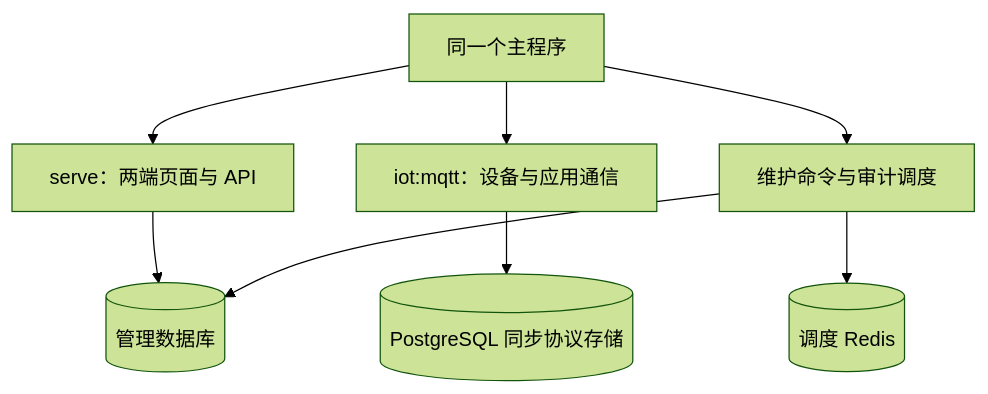
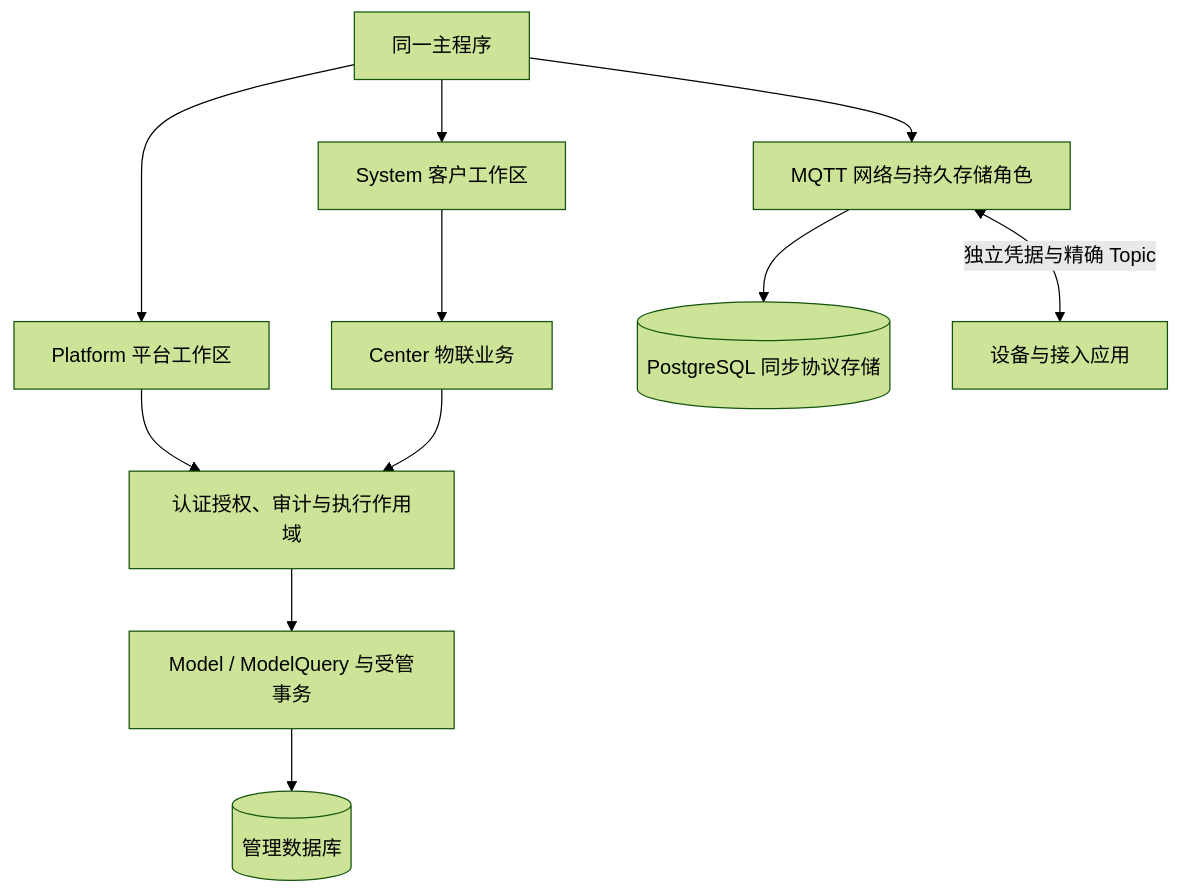
The first of 5 diagrams in docs/guide/iot-center.md (zoujingli/typeapp), drawn with Mermaid (forest theme) before and after one commit. The commit also changed other lines of this file and 1518 other files, not shown here.

````diff
--- a/docs/guide/iot-center.md
+++ b/docs/guide/iot-center.md
@@ -66,10 +60,13 @@
 ```mermaid
 flowchart TB
-  Binary[同一个主程序] --> HTTP[serve：两端页面与 API]
-  Binary --> MQTT[iot:mqtt：设备与应用通信]
-  Binary --> Maintenance[维护命令与审计调度]
-  HTTP --> DB[(管理数据库)]
+  Binary[同一主程序] --> Platform[Platform 平台工作区]
+  Binary --> System[System 客户工作区]
+  System --> Center[Center 物联业务]
+  Platform --> Shared[认证授权、审计与执行作用域]
+  Center --> Shared
+  Shared --> Models[Model / ModelQuery 与受管事务]
+  Models --> DB[(管理数据库)]
+  Binary --> MQTT[MQTT 网络与持久存储角色]
   MQTT --> PG[(PostgreSQL 同步协议存储)]
-  Maintenance --> DB
-  Maintenance --> Redis[(调度 Redis)]
+  MQTT <-->|独立凭据与精确 Topic| Peers[设备与接入应用]
 ```
````
